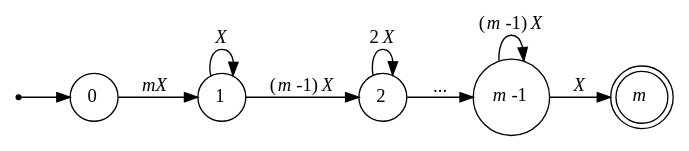
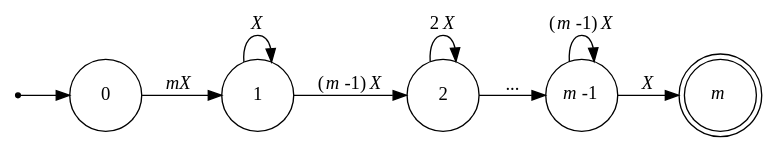
Before and after one commit to stelfer/stelfer.github.io: the diagram in images/m-automata.dot, drawn with Graphviz. The commit also changed 21 other files, not shown here.

```diff
--- a/images/m-automata.dot
+++ b/images/m-automata.dot
@@ -1,26 +1,33 @@
 digraph finite_state_machine {
     rankdir=LR;
     // size="8,5"
 
-    node [shape = circle, label=<0>] 0;
-    node [shape = circle, label=<1>] 1;
-    node [shape = circle, label=<2>] 2;
-    node [shape = circle, label=<<i>m</i>-1>] m1;
-    node [shape = doublecircle, label=<<i>m</i>>] m;
+    qi [shape = point ];
+
+node [fixedsize=shape, width=0.75];
+
+    m [shape = doublecircle, label=<<i>m</i>>];
 
 
-    node [shape = point ]; qi
+    node [shape=circle];
+    
+    0 [label=<0>];
+    1 [label=<1>];
+    2 [label=<2>];
+    m1 [label=<<i>m</i>-1>];
+
+
     qi -> 0;
 
 
     0 -> 1 [ label=<<i>mX</i>> ];
     1 -> 1 [ label=<<i>X</i>> ];    
     1 -> 2 [ label=<(<i>m</i>-1)<i>X</i>> ];    
     2 -> 2 [ label=<2<i>X</i>> ];
     2 -> m1 [ label="..."];
     m1->m1 [label=<(<i>m</i>-1)<i>X</i>> ];
     m1->m [ label=<<i>X</i>>];
     
     
 	    
 }
```
